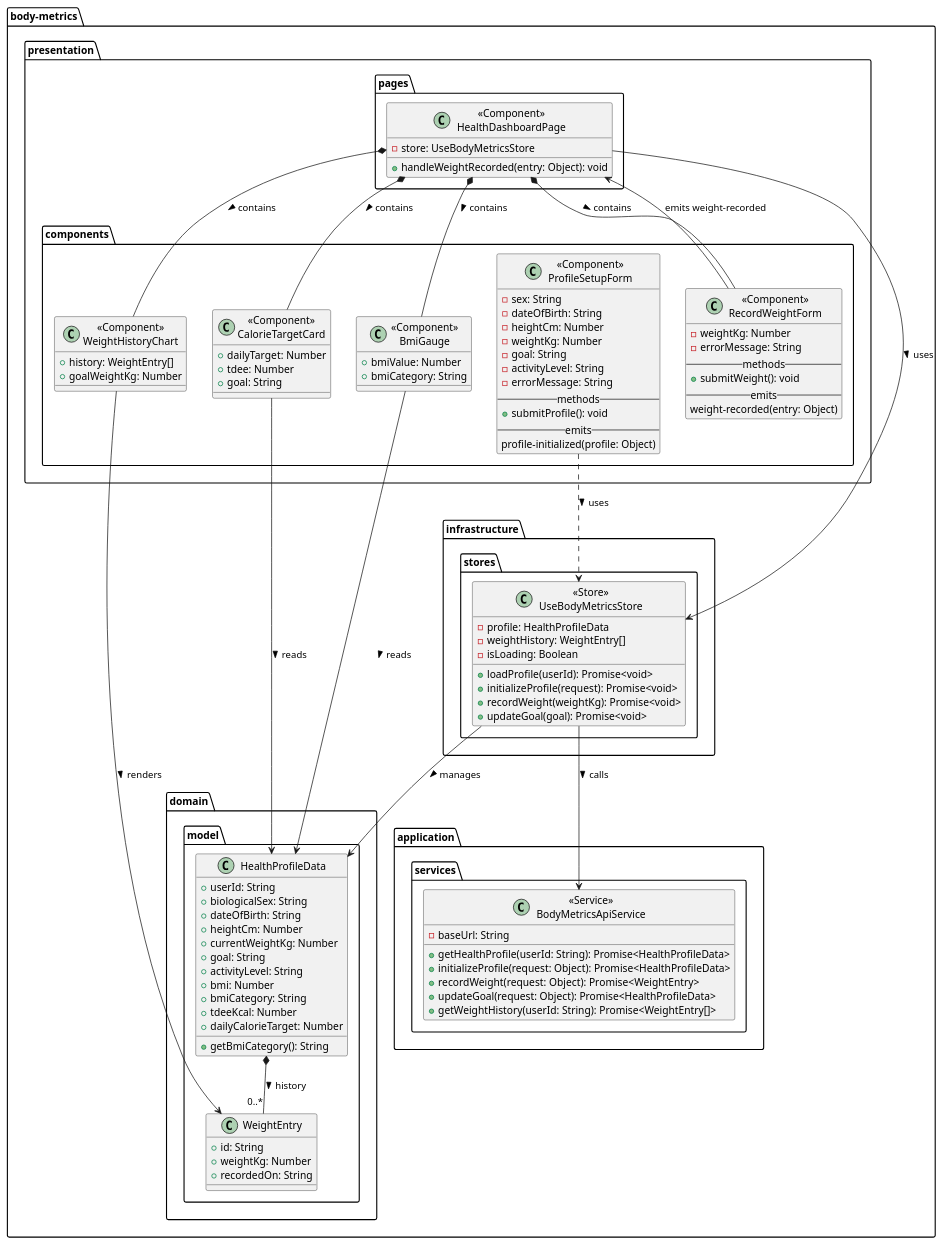
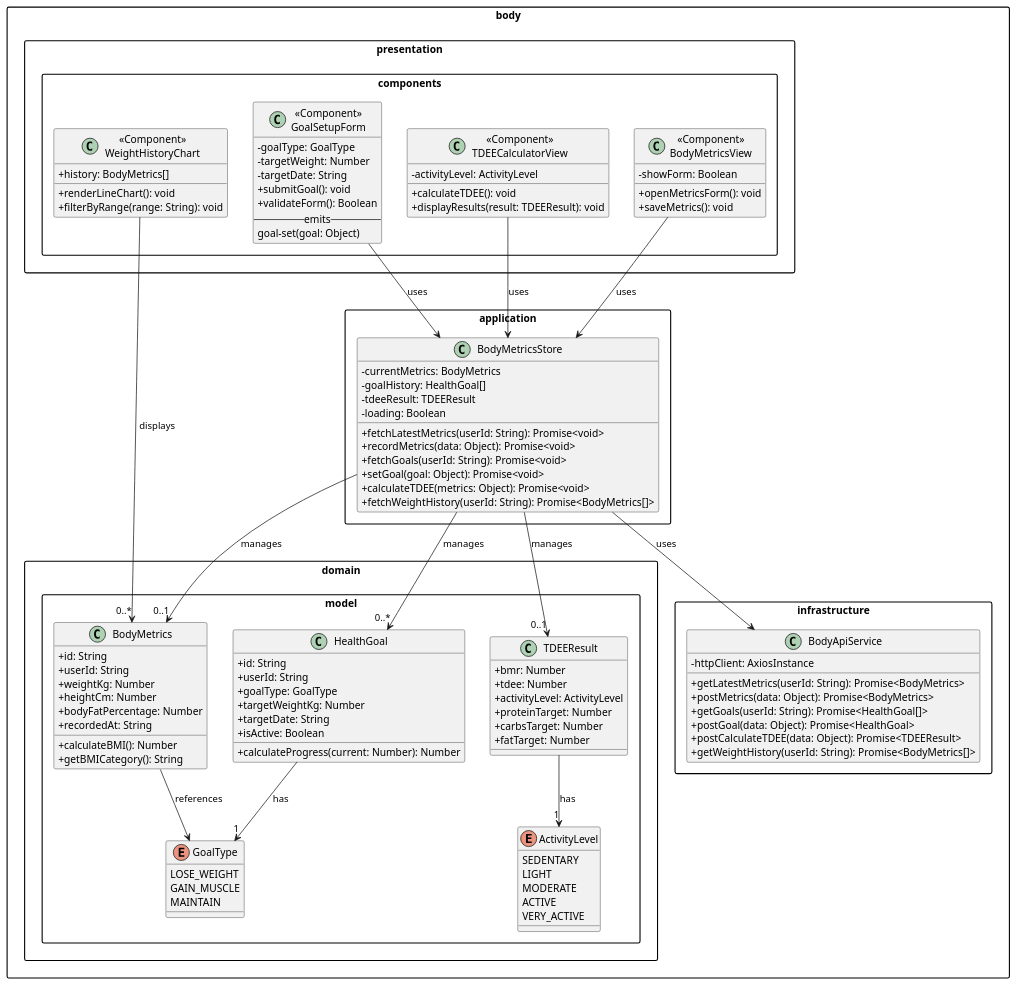
Before and after one commit to upc-pre-202610-1asi0730-12053-nutrisens/nutrisense-report: the diagram in docs/class-diagrams/frontend/body-metrics.puml, drawn with PlantUML. The commit also changed 13 other files, not shown here.

Commit message:
docs(class-diagrams): change class diagrams

```diff
--- a/docs/class-diagrams/frontend/body-metrics.puml
+++ b/docs/class-diagrams/frontend/body-metrics.puml
@@ -1,116 +1,125 @@
-@startuml NutriSense - Body & Health Metrics Frontend (Vue)
+@startuml NutriSense - Body & Health Metrics Frontend Class Diagram
 
-package "body-metrics" {
+skinparam packageStyle rectangle
+skinparam classAttributeIconSize 0
+
+package "body" {
 
   package "domain.model" {
-    class HealthProfileData {
+    class BodyMetrics {
+      +id: String
       +userId: String
-      +biologicalSex: String
-      +dateOfBirth: String
+      +weightKg: Number
       +heightCm: Number
-      +currentWeightKg: Number
-      +goal: String
-      +activityLevel: String
-      +bmi: Number
-      +bmiCategory: String
-      +tdeeKcal: Number
-      +dailyCalorieTarget: Number
-      +getBmiCategory(): String
+      +bodyFatPercentage: Number
+      +recordedAt: String
+      +calculateBMI(): Number
+      +getBMICategory(): String
     }
 
-    class WeightEntry {
+    class HealthGoal {
       +id: String
-      +weightKg: Number
-      +recordedOn: String
+      +userId: String
+      +goalType: GoalType
+      +targetWeightKg: Number
+      +targetDate: String
+      +isActive: Boolean
+      +calculateProgress(current: Number): Number
+    }
+
+    class TDEEResult {
+      +bmr: Number
+      +tdee: Number
+      +activityLevel: ActivityLevel
+      +proteinTarget: Number
+      +carbsTarget: Number
+      +fatTarget: Number
+    }
+
+    enum GoalType {
+      LOSE_WEIGHT
+      GAIN_MUSCLE
+      MAINTAIN
+    }
+
+    enum ActivityLevel {
+      SEDENTARY
+      LIGHT
+      MODERATE
+      ACTIVE
+      VERY_ACTIVE
     }
   }
 
-  package "application.services" {
-    class "«Service»\nBodyMetricsApiService" as BodyMetricsApiService {
-      -baseUrl: String
-      +getHealthProfile(userId: String): Promise<HealthProfileData>
-      +initializeProfile(request: Object): Promise<HealthProfileData>
-      +recordWeight(request: Object): Promise<WeightEntry>
-      +updateGoal(request: Object): Promise<HealthProfileData>
-      +getWeightHistory(userId: String): Promise<WeightEntry[]>
+  package "application" {
+    class BodyMetricsStore {
+      -currentMetrics: BodyMetrics
+      -goalHistory: HealthGoal[]
+      -tdeeResult: TDEEResult
+      -loading: Boolean
+      +fetchLatestMetrics(userId: String): Promise<void>
+      +recordMetrics(data: Object): Promise<void>
+      +fetchGoals(userId: String): Promise<void>
+      +setGoal(goal: Object): Promise<void>
+      +calculateTDEE(metrics: Object): Promise<void>
+      +fetchWeightHistory(userId: String): Promise<BodyMetrics[]>
     }
   }
 
-  package "infrastructure.stores" {
-    class "«Store»\nUseBodyMetricsStore" as UseBodyMetricsStore {
-      -profile: HealthProfileData
-      -weightHistory: WeightEntry[]
-      -isLoading: Boolean
-      +loadProfile(userId): Promise<void>
-      +initializeProfile(request): Promise<void>
-      +recordWeight(weightKg): Promise<void>
-      +updateGoal(goal): Promise<void>
+  package "infrastructure" {
+    class BodyApiService {
+      -httpClient: AxiosInstance
+      +getLatestMetrics(userId: String): Promise<BodyMetrics>
+      +postMetrics(data: Object): Promise<BodyMetrics>
+      +getGoals(userId: String): Promise<HealthGoal[]>
+      +postGoal(data: Object): Promise<HealthGoal>
+      +postCalculateTDEE(data: Object): Promise<TDEEResult>
+      +getWeightHistory(userId: String): Promise<BodyMetrics[]>
     }
   }
 
   package "presentation.components" {
-    class "«Component»\nBmiGauge" as BmiGauge {
-      +bmiValue: Number
-      +bmiCategory: String
+    class "«Component»\nBodyMetricsView" as BodyMetricsView {
+      -showForm: Boolean
+      +openMetricsForm(): void
+      +saveMetrics(): void
     }
 
     class "«Component»\nWeightHistoryChart" as WeightHistoryChart {
-      +history: WeightEntry[]
-      +goalWeightKg: Number
+      +history: BodyMetrics[]
+      +renderLineChart(): void
+      +filterByRange(range: String): void
     }
 
-    class "«Component»\nCalorieTargetCard" as CalorieTargetCard {
-      +dailyTarget: Number
-      +tdee: Number
-      +goal: String
+    class "«Component»\nGoalSetupForm" as GoalSetupForm {
+      -goalType: GoalType
+      -targetWeight: Number
+      -targetDate: String
+      +submitGoal(): void
+      +validateForm(): Boolean
+      -- emits --
+      goal-set(goal: Object)
     }
 
-    class "«Component»\nRecordWeightForm" as RecordWeightForm {
-      -weightKg: Number
-      -errorMessage: String
-      -- methods --
-      +submitWeight(): void
-      -- emits --
-      weight-recorded(entry: Object)
-    }
-
-    class "«Component»\nProfileSetupForm" as ProfileSetupForm {
-      -sex: String
-      -dateOfBirth: String
-      -heightCm: Number
-      -weightKg: Number
-      -goal: String
-      -activityLevel: String
-      -errorMessage: String
-      -- methods --
-      +submitProfile(): void
-      -- emits --
-      profile-initialized(profile: Object)
+    class "«Component»\nTDEECalculatorView" as TDEECalculatorView {
+      -activityLevel: ActivityLevel
+      +calculateTDEE(): void
+      +displayResults(result: TDEEResult): void
     }
   }
-
-  package "presentation.pages" {
-    class "«Component»\nHealthDashboardPage" as HealthDashboardPage {
-      -store: UseBodyMetricsStore
-      +handleWeightRecorded(entry: Object): void
-    }
-  }
-
 }
 
 ' Relationships
-HealthProfileData *-- "0..*" WeightEntry : history >
-UseBodyMetricsStore --> BodyMetricsApiService : calls >
-UseBodyMetricsStore --> HealthProfileData : manages >
-HealthDashboardPage *-- BmiGauge : contains >
-HealthDashboardPage *-- WeightHistoryChart : contains >
-HealthDashboardPage *-- CalorieTargetCard : contains >
-HealthDashboardPage *-- RecordWeightForm : contains >
-HealthDashboardPage --> UseBodyMetricsStore : uses >
-BmiGauge --> HealthProfileData : reads >
-WeightHistoryChart --> WeightEntry : renders >
-CalorieTargetCard --> HealthProfileData : reads >
-RecordWeightForm -up-> HealthDashboardPage : emits weight-recorded
-ProfileSetupForm ..> UseBodyMetricsStore : uses >
+BodyMetricsStore --> BodyApiService : uses
+BodyMetricsStore --> BodyMetrics : manages "0..1"
+BodyMetricsStore --> HealthGoal : manages "0..*"
+BodyMetricsStore --> TDEEResult : manages "0..1"
+BodyMetrics --> GoalType : references
+HealthGoal --> GoalType : has "1"
+TDEEResult --> ActivityLevel : has "1"
+BodyMetricsView --> BodyMetricsStore : uses
+WeightHistoryChart --> BodyMetrics : displays "0..*"
+GoalSetupForm --> BodyMetricsStore : uses
+TDEECalculatorView --> BodyMetricsStore : uses
 
 @enduml
```
